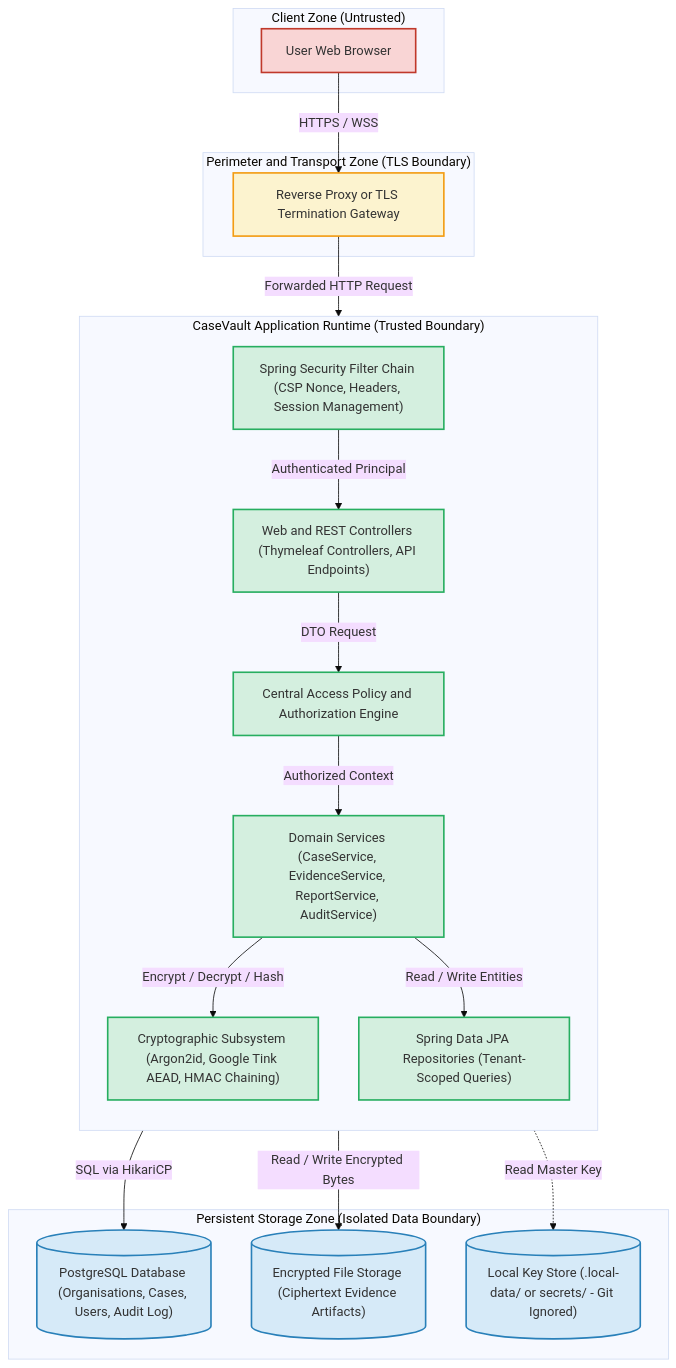
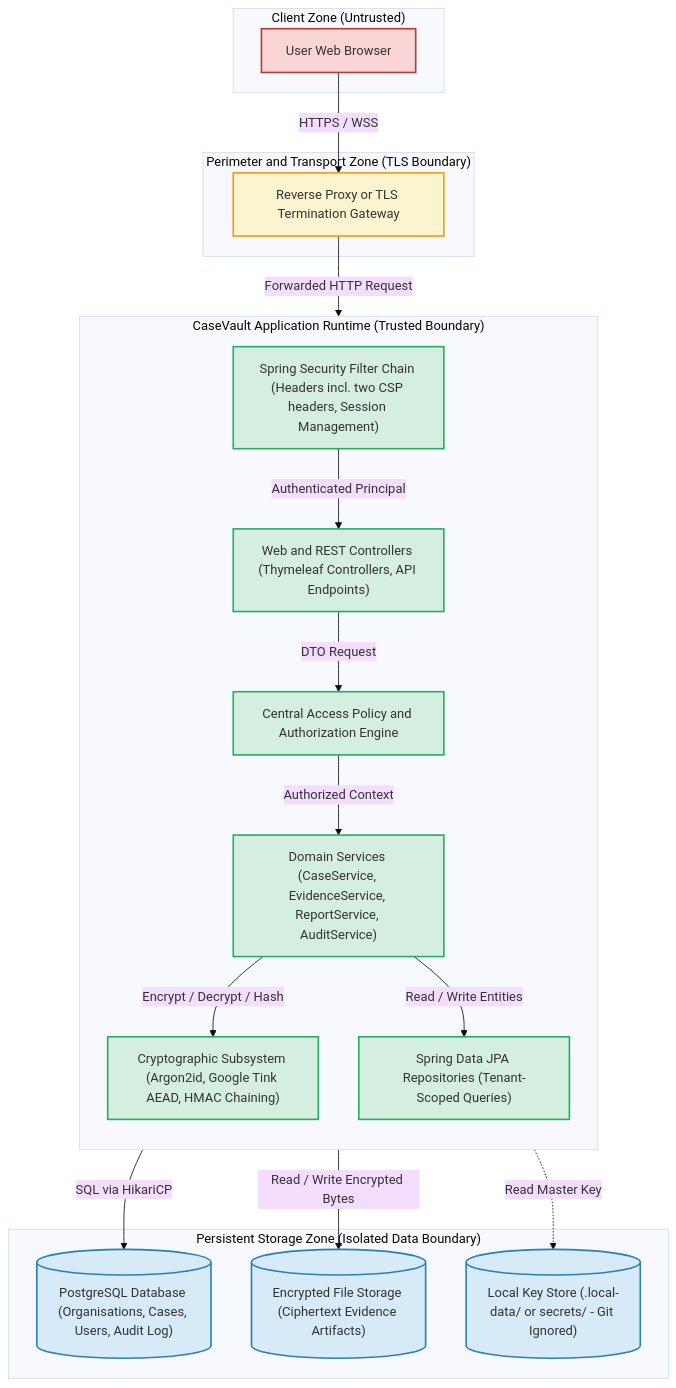
One commit to hasinhuda/CaseVault changed the diagram in docs/architecture.md. Above: the diagram before and after it, drawn with Mermaid (base theme). The commit also changed other lines of this file and 17 other files, not shown here.

````diff
--- a/docs/architecture.md
+++ b/docs/architecture.md
@@ -10,47 +10,47 @@
 ```mermaid
 flowchart TD
     subgraph ClientZone["Client Zone (Untrusted)"]
         Browser["User Web Browser"]
     end
 
     subgraph PerimeterZone["Perimeter and Transport Zone (TLS Boundary)"]
         Ingress["Reverse Proxy or TLS Termination Gateway"]
     end
 
     subgraph AppZone["CaseVault Application Runtime (Trusted Boundary)"]
         direction TB
-        SecurityFilter["Spring Security Filter Chain (CSP Nonce, Headers, Session Management)"]
+        SecurityFilter["Spring Security Filter Chain (Headers incl. two CSP headers, Session Management)"]
         WebControllers["Web and REST Controllers (Thymeleaf Controllers, API Endpoints)"]
         AccessPolicy["Central Access Policy and Authorization Engine"]
         DomainServices["Domain Services (CaseService, EvidenceService, ReportService, AuditService)"]
         CryptoSubsystem["Cryptographic Subsystem (Argon2id, Google Tink AEAD, HMAC Chaining)"]
         DataRepositories["Spring Data JPA Repositories (Tenant-Scoped Queries)"]
     end
 
     subgraph StorageZone["Persistent Storage Zone (Isolated Data Boundary)"]
         PostgresDB[("PostgreSQL Database (Organisations, Cases, Users, Audit Log)")]
         EncryptedFS[("Encrypted File Storage (Ciphertext Evidence Artifacts)")]
         KeyStore[("Local Key Store (.local-data/ or secrets/ - Git Ignored)")]
     end
 
     Browser -->|HTTPS / WSS| Ingress
     Ingress -->|Forwarded HTTP Request| SecurityFilter
     SecurityFilter -->|Authenticated Principal| WebControllers
     WebControllers -->|DTO Request| AccessPolicy
     AccessPolicy -->|Authorized Context| DomainServices
     DomainServices -->|Encrypt / Decrypt / Hash| CryptoSubsystem
     DomainServices -->|Read / Write Entities| DataRepositories
     CryptoSubsystem -.->|Read Master Key| KeyStore
     CryptoSubsystem -->|Read / Write Encrypted Bytes| EncryptedFS
     DataRepositories -->|SQL via HikariCP| PostgresDB
 
     classDef untrusted fill:#f9d5d5,stroke:#c0392b,stroke-width:2px;
     classDef perimeter fill:#fcf3cf,stroke:#f39c12,stroke-width:2px;
     classDef trusted fill:#d4efdf,stroke:#27ae60,stroke-width:2px;
     classDef storage fill:#d6eaf8,stroke:#2980b9,stroke-width:2px;
 
     class Browser untrusted;
     class Ingress perimeter;
     class SecurityFilter,WebControllers,AccessPolicy,DomainServices,CryptoSubsystem,DataRepositories trusted;
     class PostgresDB,EncryptedFS,KeyStore storage;
 ```
````
